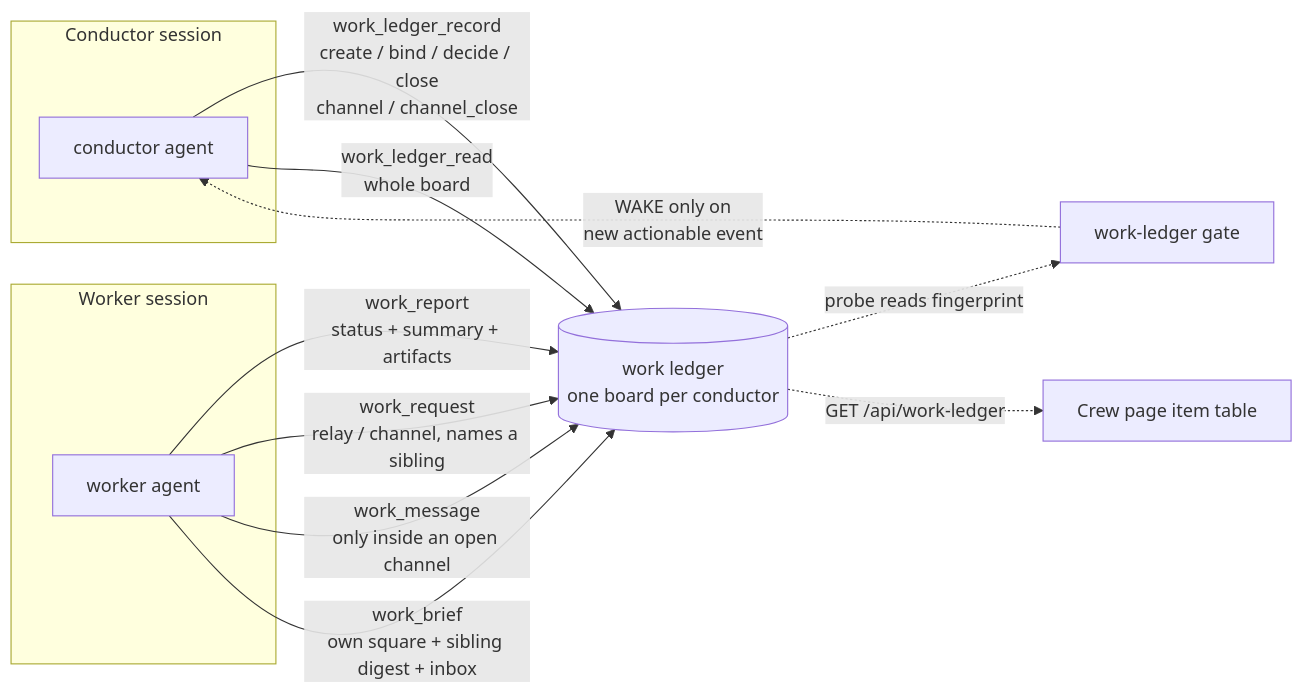
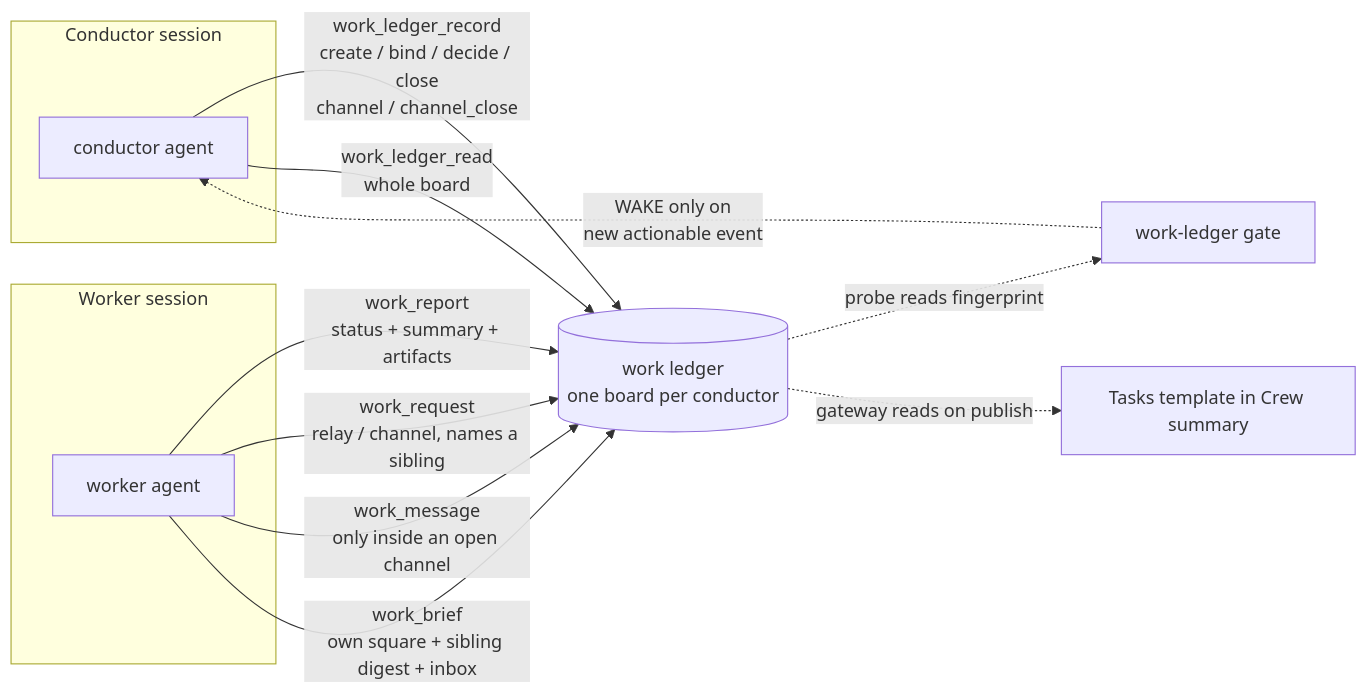
The first of 4 diagrams in docs/request-for-change/rfc-conductor-work-ledger.md (kirodotdev/KiroCrew), drawn with Mermaid before and after one commit. The commit also changed other lines of this file and 54 other files, not shown here.

````diff
--- a/docs/request-for-change/rfc-conductor-work-ledger.md
+++ b/docs/request-for-change/rfc-conductor-work-ledger.md
@@ -98,18 +98,18 @@
 ```mermaid
 flowchart LR
     subgraph Conductor session
         C[conductor agent]
     end
     subgraph Worker session
         W[worker agent]
     end
     C -->|work_ledger_record<br/>create / bind / decide / close<br/>channel / channel_close| S[(work ledger<br/>one board per conductor)]
     C -->|work_ledger_read<br/>whole board| S
     W -->|work_report<br/>status + summary + artifacts| S
     W -->|work_request<br/>relay / channel, names a sibling| S
     W -->|work_message<br/>only inside an open channel| S
     W -->|work_brief<br/>own square + sibling digest + inbox| S
     S -.->|probe reads fingerprint| P[work-ledger gate]
     P -.->|WAKE only on<br/>new actionable event| C
-    S -.->|GET /api/work-ledger| U[Crew page item table]
+    S -.->|gateway reads on publish| U[Tasks template in Crew summary]
 ```
````
